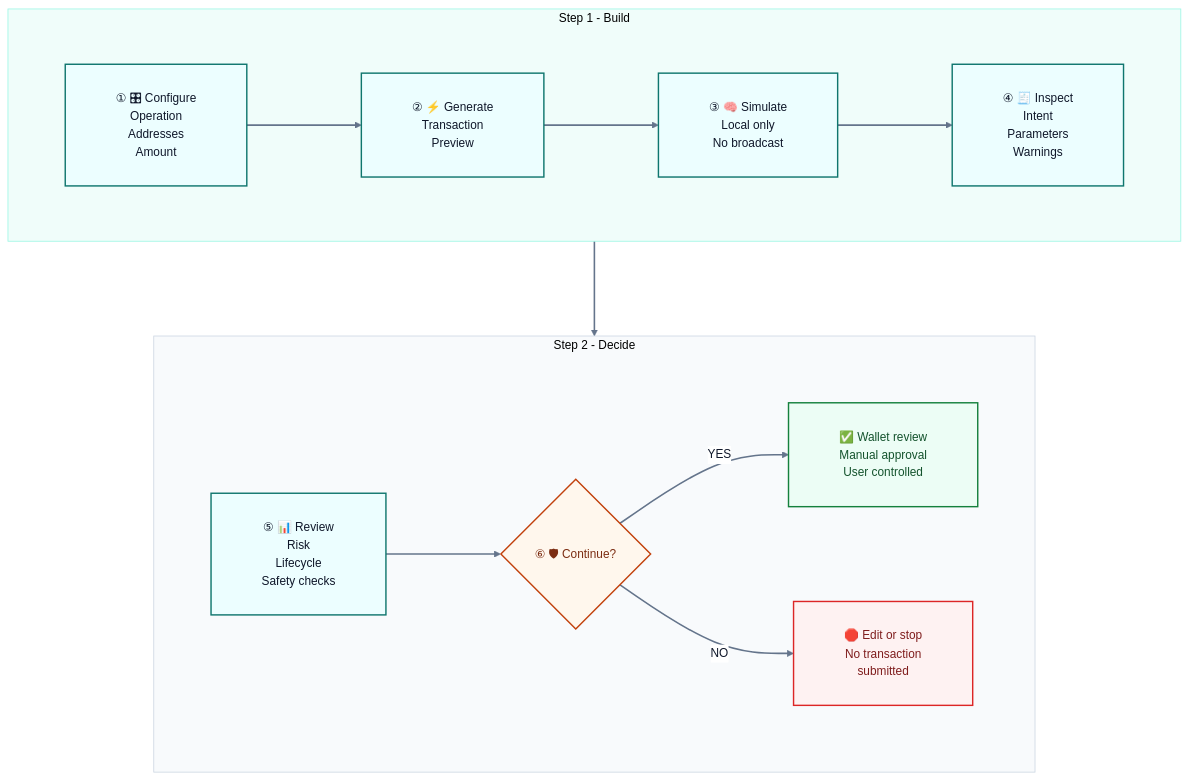
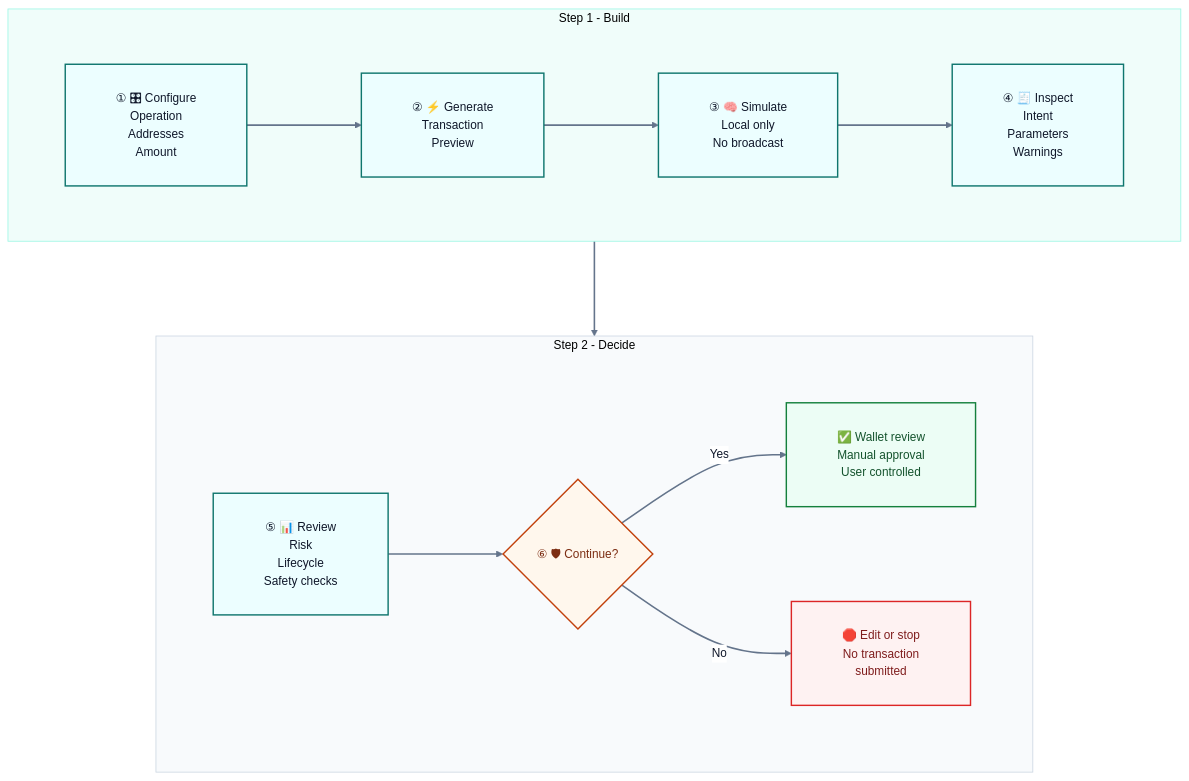
One commit to sunshineluyao/Moss-Mcp-Transaction changed the first of 8 diagrams in README.md. Above: the diagram before and after it, drawn with Mermaid. The commit also changed other lines of this file and 1 other file, not shown here.

Commit message:
docs: normalize Yes/No terms and enforce canonical diagram labels

````diff
--- a/README.md
+++ b/README.md
@@ -153,32 +153,32 @@
 ```mermaid
 %%{init: {'theme':'base','flowchart': {'htmlLabels': true, 'nodeSpacing': 120, 'rankSpacing': 120, 'curve': 'basis', 'padding': 32, 'diagramPadding': 24, 'wrappingWidth': 260},'themeVariables': {'fontFamily':'Inter, Segoe UI, sans-serif','fontSize':'15px','primaryTextColor':'#0f172a','lineColor':'#64748b','clusterBkg':'#f8fafc','clusterBorder':'#cbd5e1','edgeLabelBackground':'#ffffff','primaryBorderColor':'#2563eb','primaryColor':'#eff6ff'}}}%%
 flowchart TB
   subgraph R1[Step 1 - Build]
     direction LR
     A["① 🎛 Configure<br/>Operation<br/>Addresses<br/>Amount"] --> B["② ⚡ Generate<br/>Transaction<br/>Preview"]
     B --> C["③ 🧠 Simulate<br/>Local only<br/>No broadcast"]
     C --> D["④ 🧾 Inspect<br/>Intent<br/>Parameters<br/>Warnings"]
   end
 
   subgraph R2[Step 2 - Decide]
     direction LR
     E["⑤ 📊 Review<br/>Risk<br/>Lifecycle<br/>Safety checks"] --> F{"⑥ 🛡 Continue?"}
-    F -->|YES| G["✅ Wallet review<br/>Manual approval<br/>User controlled"]
-    F -->|NO| H["🛑 Edit or stop<br/>No transaction<br/>submitted"]
+    F -->|Yes| G["✅ Wallet review<br/>Manual approval<br/>User controlled"]
+    F -->|No| H["🛑 Edit or stop<br/>No transaction<br/>submitted"]
   end
 
   D --> E
 
   classDef main fill:#ecfeff,stroke:#0f766e,stroke-width:1.8px,color:#0f172a;
   classDef decision fill:#fff7ed,stroke:#c2410c,stroke-width:1.8px,color:#7c2d12;
   classDef success fill:#ecfdf5,stroke:#15803d,stroke-width:1.8px,color:#14532d;
   classDef stop fill:#fef2f2,stroke:#dc2626,stroke-width:1.8px,color:#7f1d1d;
 
   class A,B,C,D,E main;
   class F decision;
   class G success;
   class H stop;
   style R1 fill:#f0fdfa,stroke:#99f6e4,stroke-width:1px
   style R2 fill:#f8fafc,stroke:#cbd5e1,stroke-width:1px
   linkStyle default stroke:#64748b,stroke-width:2px;
 ```
````
